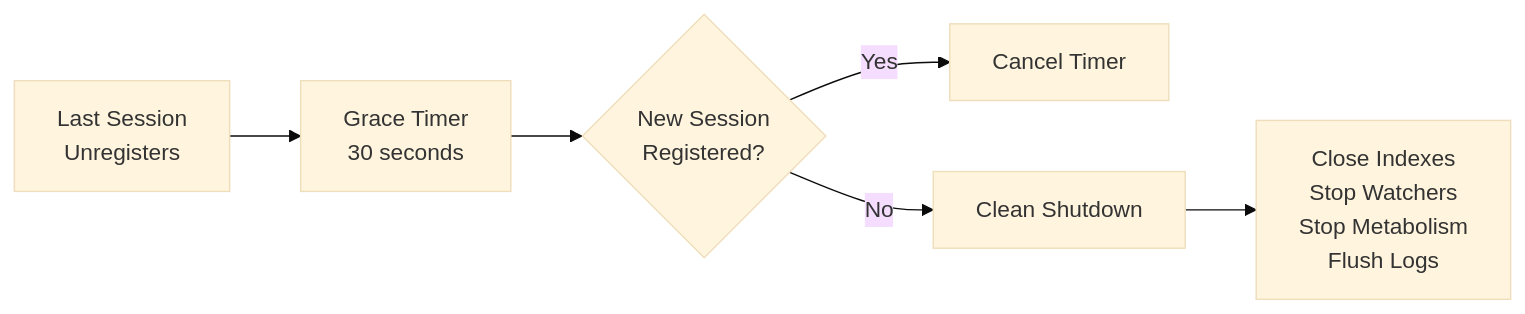
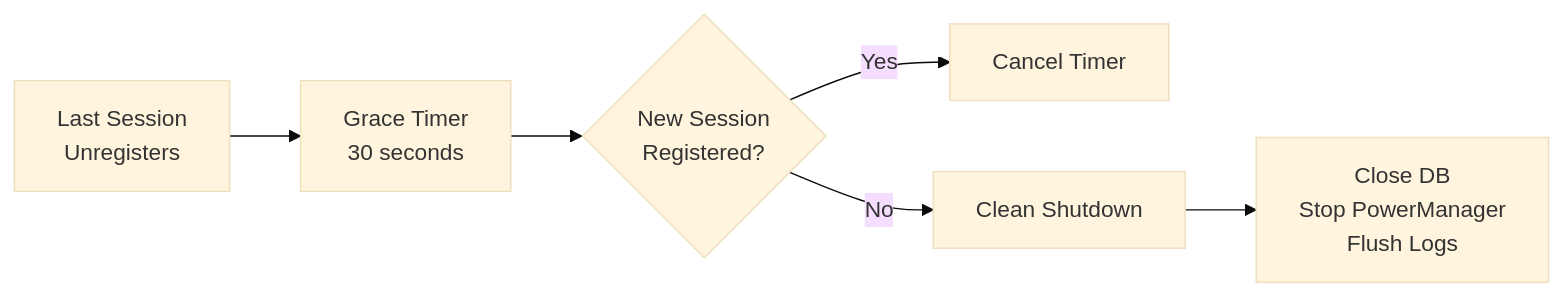
The eighth of 8 diagrams in docs/lifecycle.md (goondocks-co/myco), drawn with Mermaid (base theme) before and after one commit. The commit also changed other lines of this file and 17 other files, not shown here.

````diff
--- a/docs/lifecycle.md
+++ b/docs/lifecycle.md
@@ -306,8 +331,8 @@
 ```mermaid
 flowchart LR
     Unreg[Last Session<br/>Unregisters] --> Grace[Grace Timer<br/>30 seconds]
     Grace --> Check{New Session<br/>Registered?}
     Check -->|Yes| Cancel[Cancel Timer]
     Check -->|No| Shutdown[Clean Shutdown]
-    Shutdown --> Close[Close Indexes<br/>Stop Watchers<br/>Stop Metabolism<br/>Flush Logs]
+    Shutdown --> Close[Close DB<br/>Stop PowerManager<br/>Flush Logs]
 ```
````
